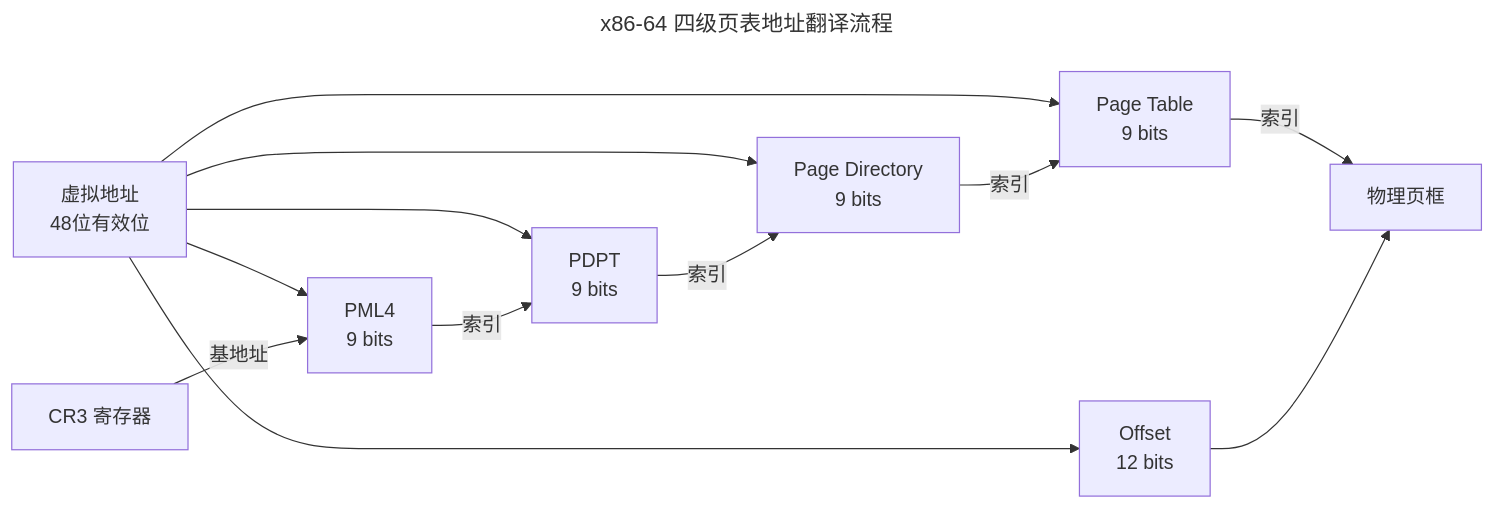
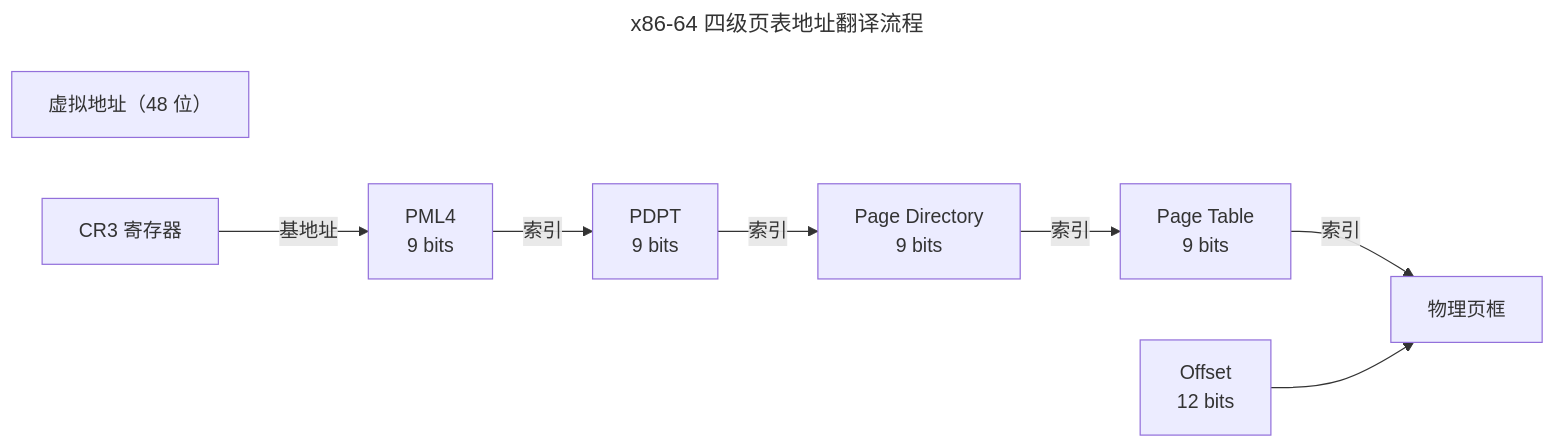
One commit to yadayanxue/silicon-strides changed the diagram in src/content/docs/03-qiankun/02-memory-management.md. Above: the diagram before and after it, drawn with Mermaid. The commit also changed other lines of this file and 7 other files, not shown here.

Commit message:
docs: 卷三内容深度补充——8章各加Mermaid图与深层论证

````diff
--- a/src/content/docs/03-qiankun/02-memory-management.md
+++ b/src/content/docs/03-qiankun/02-memory-management.md
@@ -28,27 +24,21 @@
 ```mermaid
 ---
 title: x86-64 四级页表地址翻译流程
 ---
 graph LR
-    VA["虚拟地址<br/>48位有效位"]
+    VA["虚拟地址（48 位）"]
     PML4["PML4<br/>9 bits"]
     PDPT["PDPT<br/>9 bits"]
     PD["Page Directory<br/>9 bits"]
     PT["Page Table<br/>9 bits"]
     OFFSET["Offset<br/>12 bits"]
     CR3["CR3 寄存器"]
     PAGE["物理页框"]
 
-    VA --> PML4
-    VA --> PDPT
-    VA --> PD
-    VA --> PT
-    VA --> OFFSET
-
     CR3 -->|"基地址"| PML4
     PML4 -->|"索引"| PDPT
     PDPT -->|"索引"| PD
     PD -->|"索引"| PT
     PT -->|"索引"| PAGE
     OFFSET --> PAGE
 ```
````
